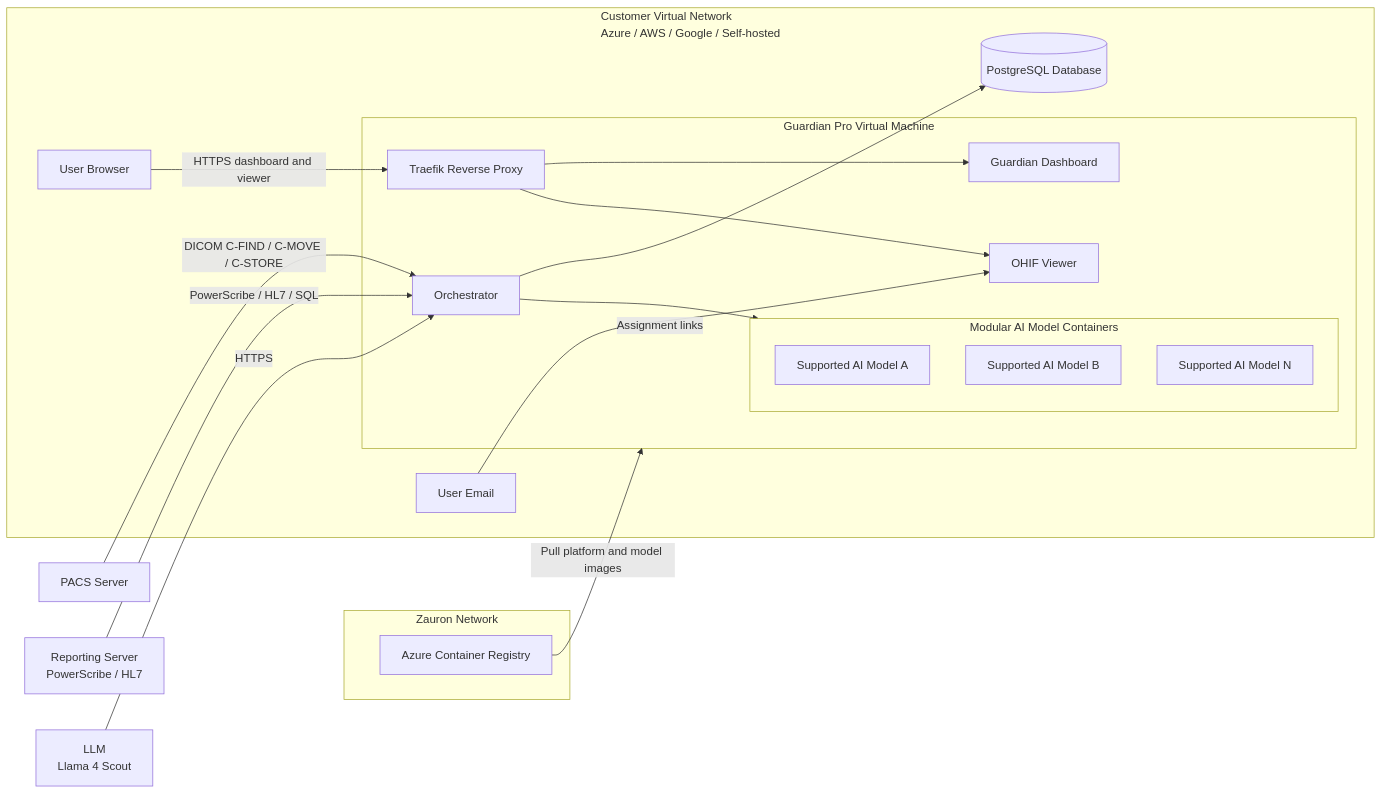
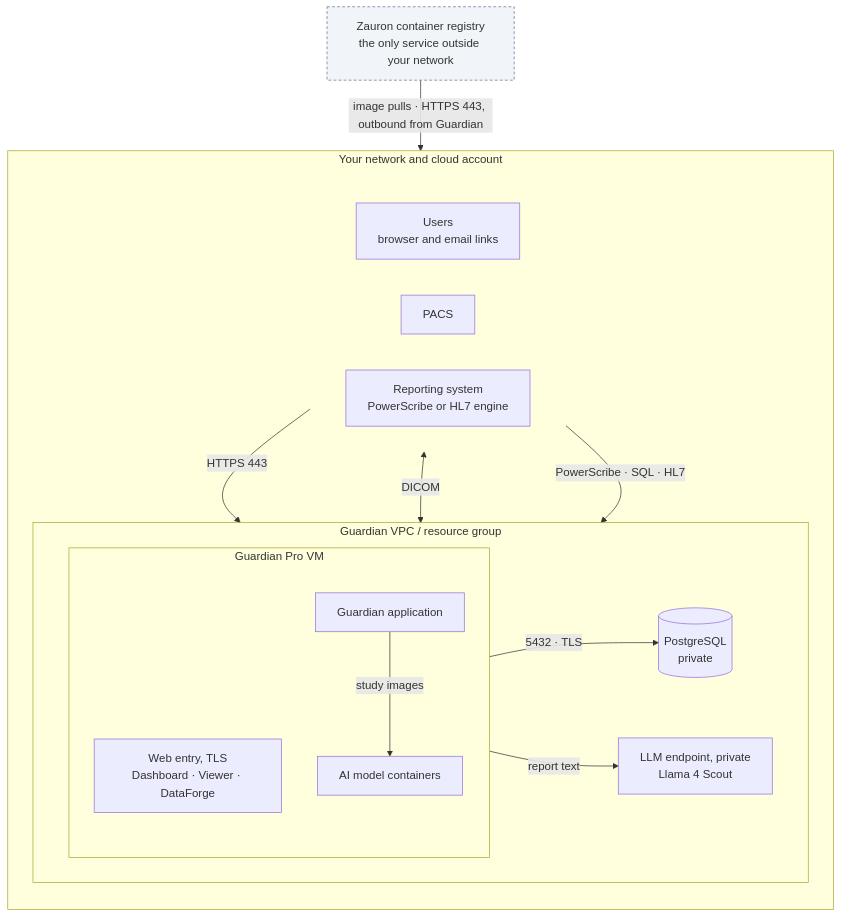
Before and after one commit to Zauron-Labs/guardian-pro-gitbook: the diagram in docs/installation.md, drawn with Mermaid. The commit also changed other lines of this file, not shown here.

Commit message:
Cleaner dedicated-install network diagram (#2)
* Cleaner dedicated-install network diagram

PACS, reporting and users sit in the customer's network (the old diagram drew them
outside), the VM's parts are grouped, and the only outbound connections (registry, LLM)
are shown separately. Adds DataForge to how users reach Guardian.

* Diagram: database and LLM endpoint inside the Guardian VPC; only the registry outside

The Guardian VPC / resource group in the customer's cloud holds the VM, PostgreSQL and a
private LLM endpoint (Bedrock VPC endpoint on AWS). Zauron's container registry is the only
service outside the customer's network. LLM text on the page updated to match.

---------

````diff
--- a/docs/installation.md
+++ b/docs/installation.md
@@ -218,38 +218,36 @@
 ```mermaid
-flowchart LR
-    PACS[PACS Server]
-    REPORT[Reporting Server<br/>PowerScribe / HL7]
-    LLM[LLM<br/>Llama 4 Scout]
-
-    subgraph ZAURON[Zauron Network]
-        REGISTRY[Azure Container Registry]
-    end
-
-    subgraph VNET[Customer Virtual Network<br/>Azure / AWS / Google / Self-hosted]
-        BROWSER[User Browser]
-        EMAIL[User Email]
-        DB[(PostgreSQL Database)]
-        subgraph VM[Guardian Pro Virtual Machine]
-            PROXY[Traefik Reverse Proxy]
-            DASH[Guardian Dashboard]
-            VIEWER[OHIF Viewer]
-            APP[Orchestrator]
-            subgraph MODELS[Modular AI Model Containers]
-                MODEL1[Supported AI Model A]
-                MODEL2[Supported AI Model B]
-                MODELN[Supported AI Model N]
+flowchart TB
+    subgraph NET["Your network and cloud account"]
+        direction TB
+        subgraph TOP[" "]
+            direction LR
+            USERS["Users<br/>browser and email links"]
+            PACS["PACS"]
+            RPT["Reporting system<br/>PowerScribe or HL7 engine"]
+        end
+        subgraph GVPC["Guardian VPC / resource group"]
+            direction LR
+            subgraph VM["Guardian Pro VM"]
+                direction TB
+                WEB["Web entry, TLS<br/>Dashboard · Viewer · DataForge"]
+                APP["Guardian application"]
+                MODELS["AI model containers"]
             end
+            DB[("PostgreSQL<br/>private")]
+            LLM["LLM endpoint, private<br/>Llama 4 Scout"]
         end
     end
+    REG["Zauron container registry<br/>the only service outside your network"]
 
-    PACS -->|DICOM C-FIND / C-MOVE / C-STORE| APP
-    REPORT -->|PowerScribe / HL7 / SQL| APP
-    LLM -->|HTTPS| APP
-    REGISTRY -->|Pull platform and model images| VM
-    BROWSER -->|HTTPS dashboard and viewer| PROXY
-    EMAIL -->|Assignment links| VIEWER
-    PROXY --> DASH
-    PROXY --> VIEWER
-    APP --> DB
-    APP --> MODELS
+    USERS -->|"HTTPS 443"| WEB
+    PACS <-->|"DICOM"| APP
+    RPT -->|"PowerScribe · SQL · HL7"| APP
+    APP -->|"study images"| MODELS
+    APP -->|"5432 · TLS"| DB
+    APP -->|"report text"| LLM
+    REG -->|"image pulls · HTTPS 443, outbound from Guardian"| APP
+
+    style TOP fill:none,stroke:none
+    classDef ext fill:#f1f5f9,stroke:#64748b,stroke-dasharray: 4 3
+    class REG ext
 ```
````
